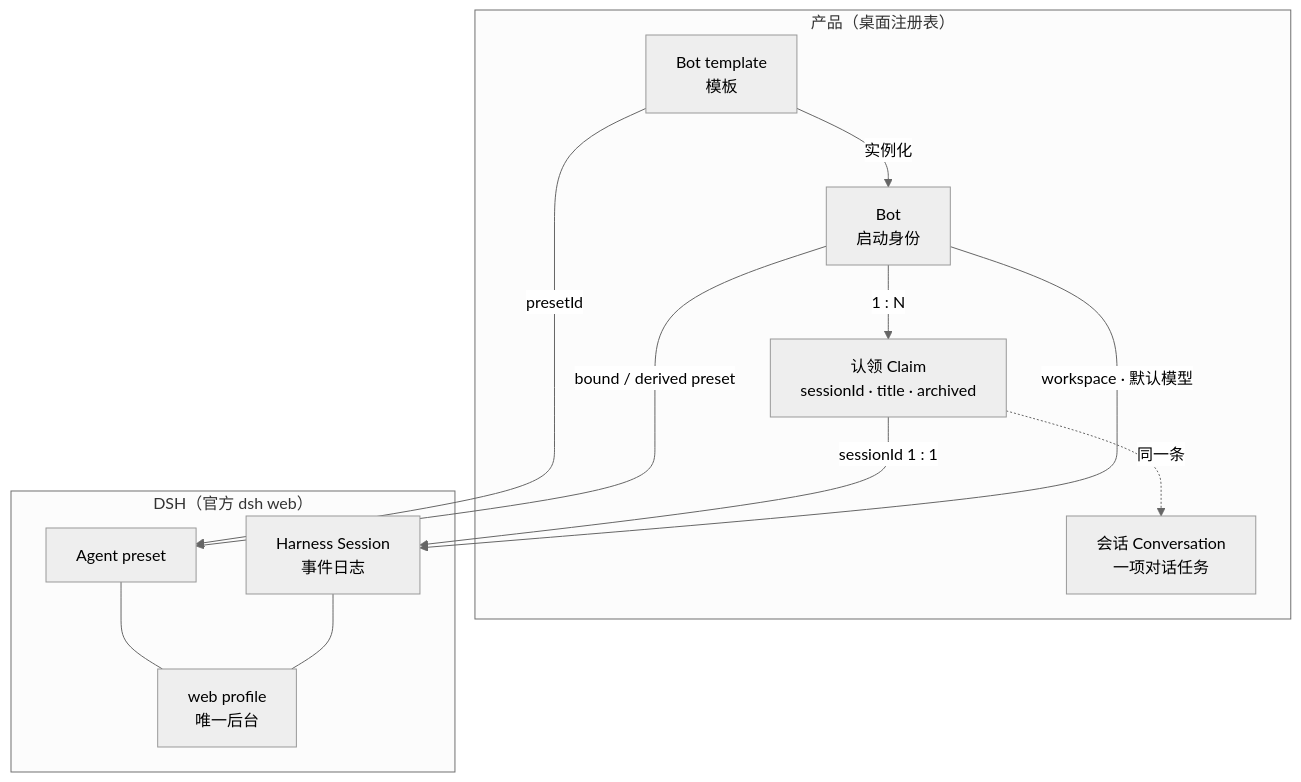
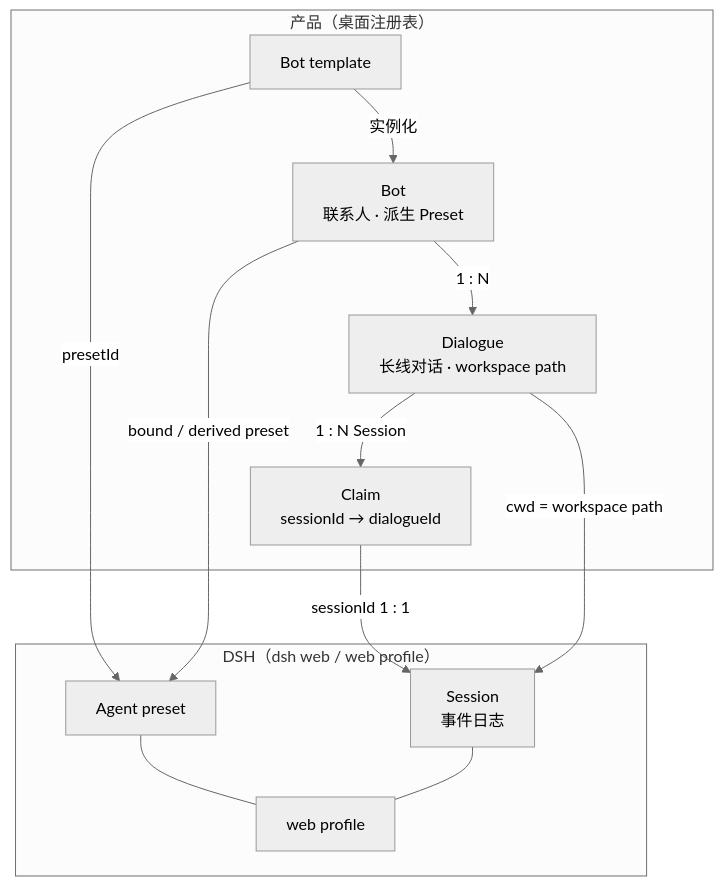
Before and after one commit to aningdev/MyAid: the first of 6 diagrams in docs/BOT_SESSION_MAP.md, drawn with Mermaid (neutral theme). The commit also changed other lines of this file and 26 other files, not shown here.

````diff
--- a/docs/BOT_SESSION_MAP.md
+++ b/docs/BOT_SESSION_MAP.md
@@ -7,25 +7,25 @@
 ```mermaid
 flowchart TB
   subgraph product["产品（桌面注册表）"]
-    T["Bot template<br/>模板"]
-    B["Bot<br/>启动身份"]
-    C["认领 Claim<br/>sessionId · title · archived"]
-    V["会话 Conversation<br/>一项对话任务"]
+    T["Bot template"]
+    B["Bot<br/>联系人 · 派生 Preset"]
+    D["Dialogue<br/>长线对话 · workspace path"]
+    C["Claim<br/>sessionId → dialogueId"]
     T -->|"实例化"| B
-    B -->|"1 : N"| C
-    C -.->|"同一条"| V
+    B -->|"1 : N"| D
+    D -->|"1 : N Session"| C
   end
 
-  subgraph dsh["DSH（官方 dsh web）"]
+  subgraph dsh["DSH（dsh web / web profile）"]
     P["Agent preset"]
-    S["Harness Session<br/>事件日志"]
-    W["web profile<br/>唯一后台"]
+    S["Session<br/>事件日志"]
+    W["web profile"]
     P --- W
     S --- W
   end
 
   T -->|"presetId"| P
   B -->|"bound / derived preset"| P
   C -->|"sessionId 1 : 1"| S
-  B -->|"workspace · 默认模型"| S
+  D -->|"cwd = workspace path"| S
 ```
````
